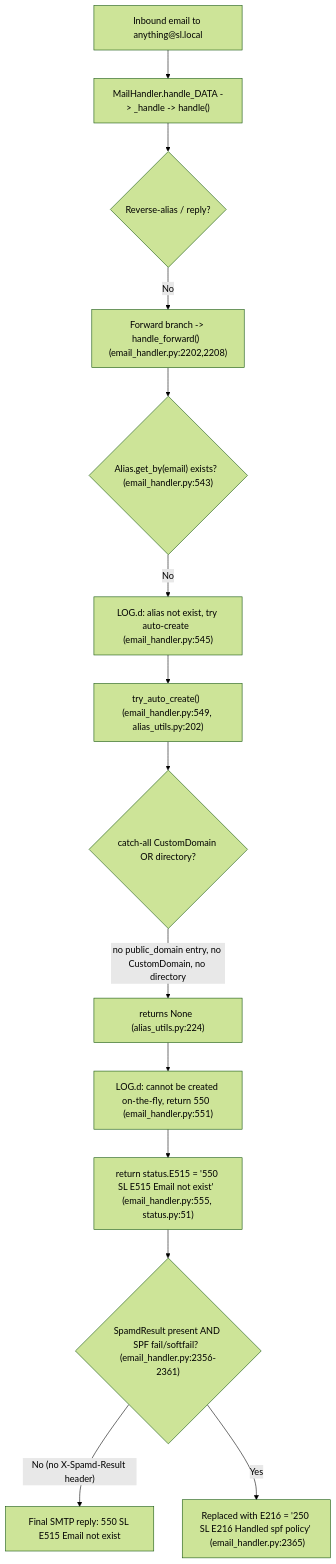
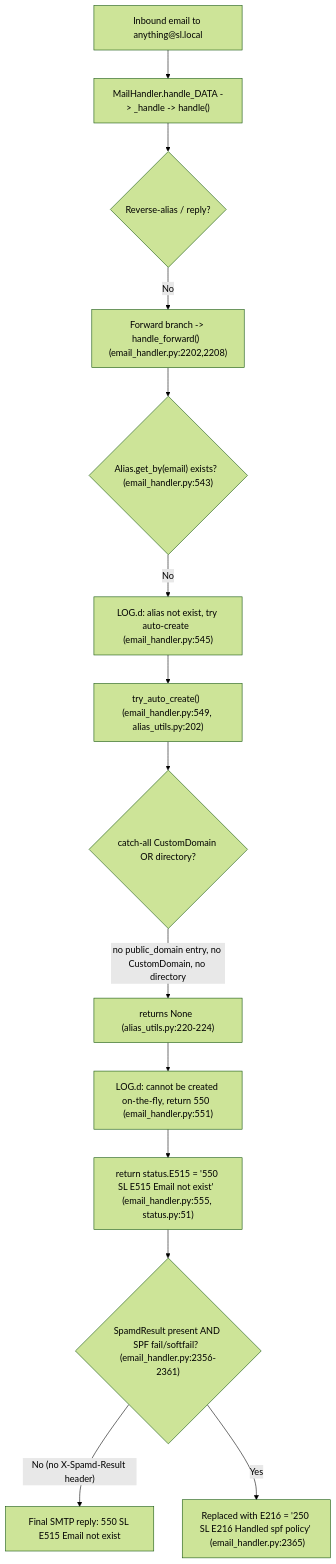
The diagram in blitzy/documentation/app_2cd6ee777f8c.md (blitzy-research/app), drawn with Mermaid (forest theme) before and after one commit. The commit also changed other lines of this file, not shown here.

````diff
--- a/blitzy/documentation/app_2cd6ee777f8c.md
+++ b/blitzy/documentation/app_2cd6ee777f8c.md
@@ -593,16 +691,16 @@
 ```mermaid
 flowchart TD
     A["Inbound email to anything@sl.local"] --> B["MailHandler.handle_DATA -> _handle -> handle()"]
     B --> C{"Reverse-alias / reply?"}
     C -->|No| D["Forward branch -> handle_forward()  (email_handler.py:2202,2208)"]
     D --> E{"Alias.get_by(email) exists?  (email_handler.py:543)"}
     E -->|No| F["LOG.d: alias not exist, try auto-create  (email_handler.py:545)"]
     F --> G["try_auto_create()  (email_handler.py:549, alias_utils.py:202)"]
     G --> H{"catch-all CustomDomain OR directory?"}
-    H -->|"no public_domain entry, no CustomDomain, no directory"| I["returns None  (alias_utils.py:224)"]
+    H -->|"no public_domain entry, no CustomDomain, no directory"| I["returns None  (alias_utils.py:220-224)"]
     I --> J["LOG.d: cannot be created on-the-fly, return 550  (email_handler.py:551)"]
     J --> K["return status.E515 = '550 SL E515 Email not exist'  (email_handler.py:555, status.py:51)"]
     K --> L{"SpamdResult present AND SPF fail/softfail?  (email_handler.py:2356-2361)"}
     L -->|"No (no X-Spamd-Result header)"| M["Final SMTP reply: 550 SL E515 Email not exist"]
     L -->|"Yes"| N["Replaced with E216 = '250 SL E216 Handled spf policy'  (email_handler.py:2365)"]
 ```
````
